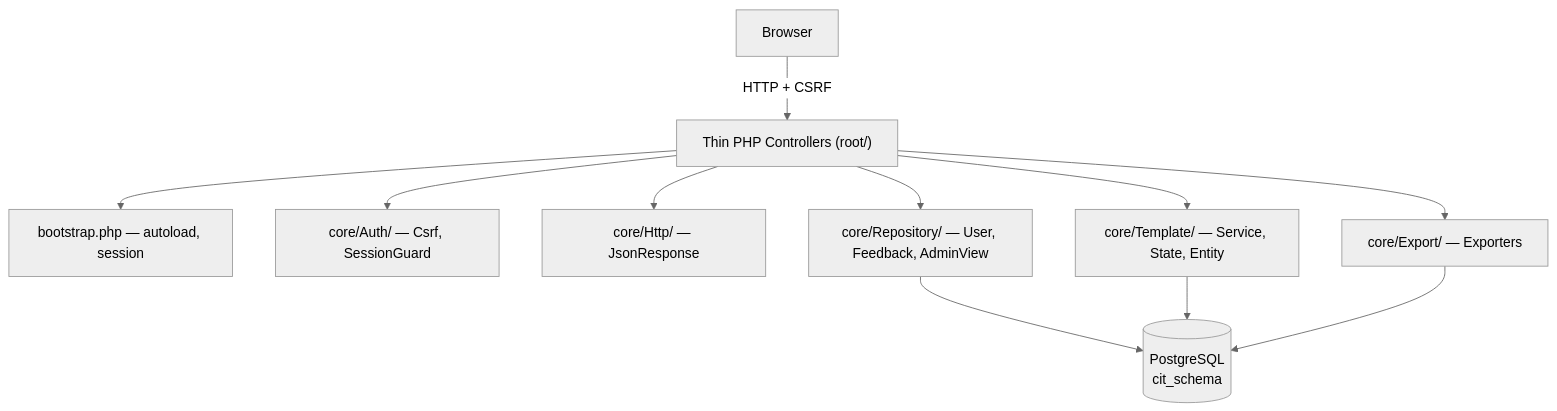
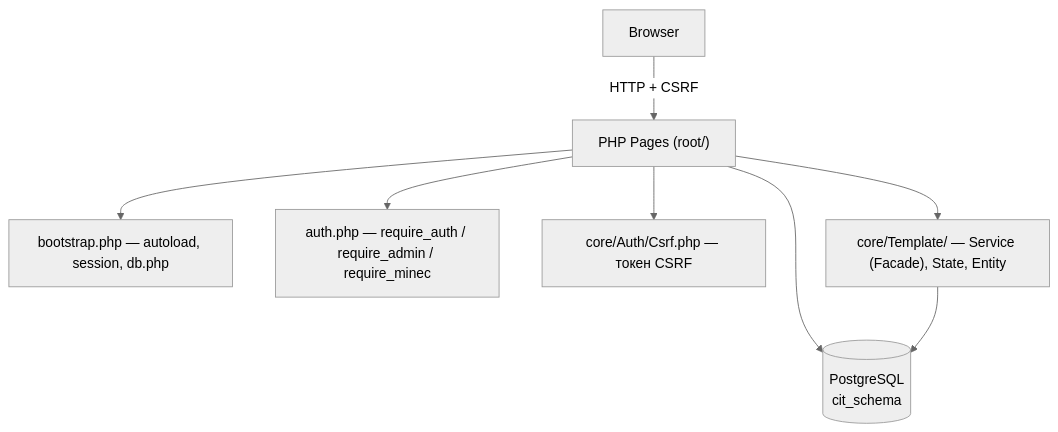
The diagram in README.md (Sofiechka17/cifra), drawn with Mermaid (neutral theme) before and after one commit. The commit also changed other lines of this file and 20 other files, not shown here.

````diff
--- a/README.md
+++ b/README.md
@@ -35,13 +35,10 @@
 ```mermaid
 graph TB
-    Browser["Browser"] -->|"HTTP + CSRF"| Entry["Thin PHP Controllers (root/)"]
-    Entry --> Bootstrap["bootstrap.php — autoload, session"]
-    Entry --> Auth["core/Auth/ — Csrf, SessionGuard"]
-    Entry --> Http["core/Http/ — JsonResponse"]
-    Entry --> Repo["core/Repository/ — User, Feedback, AdminView"]
-    Entry --> Tmpl["core/Template/ — Service, State, Entity"]
-    Entry --> Exp["core/Export/ — Exporters"]
-    Repo --> DB[("PostgreSQL<br/>cit_schema")]
+    Browser["Browser"] -->|"HTTP + CSRF"| Entry["PHP Pages (root/)"]
+    Entry --> Bootstrap["bootstrap.php — autoload, session, db.php"]
+    Entry --> Auth["auth.php — require_auth / require_admin / require_minec"]
+    Entry --> Csrf["core/Auth/Csrf.php — токен CSRF"]
+    Entry --> Tmpl["core/Template/ — Service (Facade), State, Entity"]
+    Entry --> DB[("PostgreSQL<br/>cit_schema")]
     Tmpl --> DB
-    Exp --> DB
 ```
````
